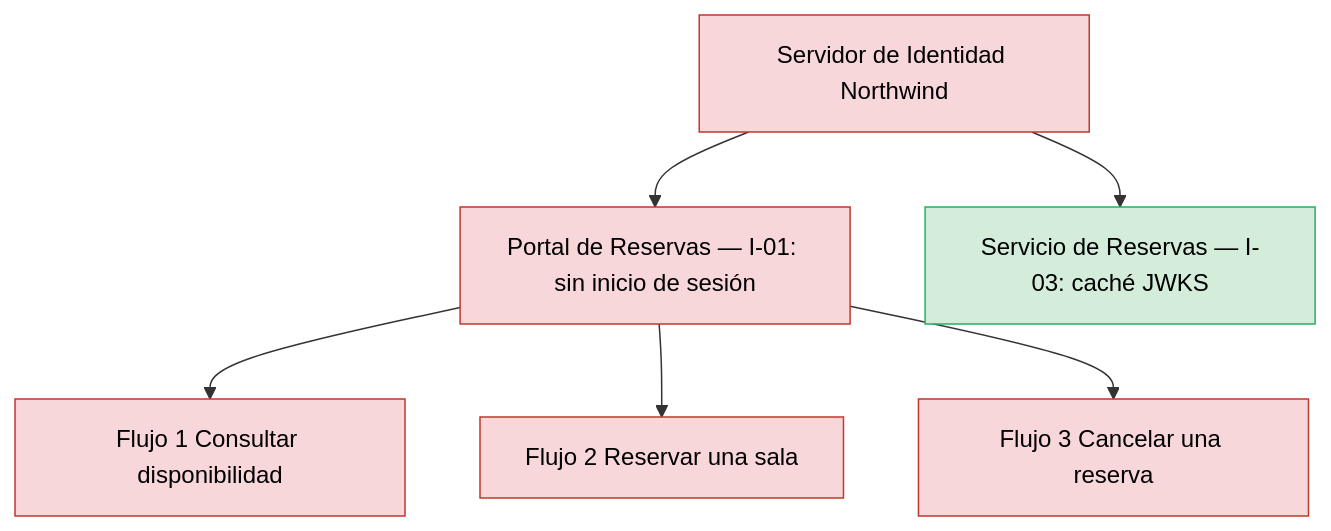
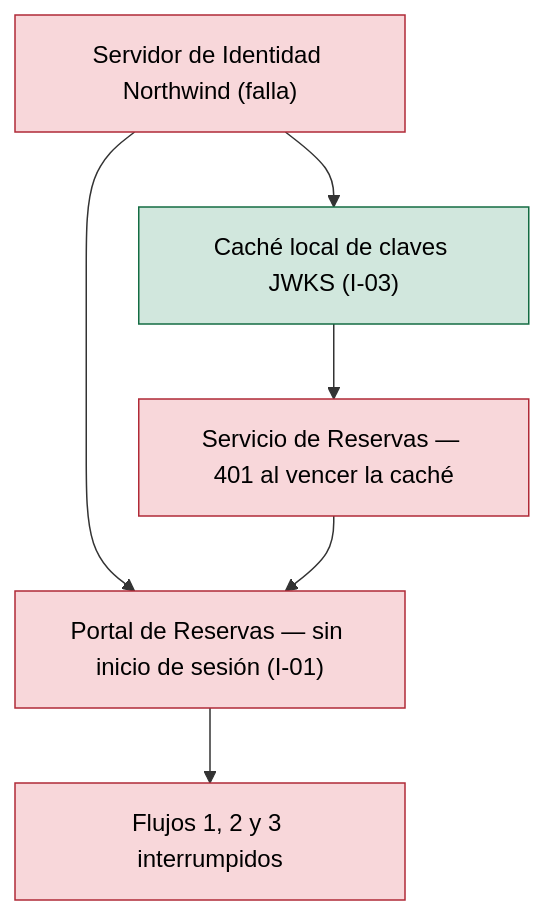
One commit to shadowX4fox/northwind-reservas changed the first of 3 diagrams in analysis/BLAST-RADIUS-2026-11-03.md. Above: the diagram before and after it, drawn with Mermaid. The commit also changed other lines of this file and 7 other files, not shown here.

````diff
--- a/analysis/BLAST-RADIUS-2026-11-03.md
+++ b/analysis/BLAST-RADIUS-2026-11-03.md
@@ -39,16 +37,15 @@
 ```mermaid
 flowchart TB
-  IDP["Servidor de Identidad Northwind"]:::cascading
-  PORTAL["Portal de Reservas — I-01: sin inicio de sesión"]:::cascading
-  SVC["Servicio de Reservas — I-03: caché JWKS"]:::contained
-  F1["Flujo 1 Consultar disponibilidad"]:::cascading
-  F2["Flujo 2 Reservar una sala"]:::cascading
-  F3["Flujo 3 Cancelar una reserva"]:::cascading
+  IDP["Servidor de Identidad Northwind (falla)"]:::cascading
+  PORTAL["Portal de Reservas — sin inicio de sesión (I-01)"]:::cascading
+  JWKS["Caché local de claves JWKS (I-03)"]:::contained
+  SVC["Servicio de Reservas — 401 al vencer la caché"]:::cascading
+  F["Flujos 1, 2 y 3 interrumpidos"]:::cascading
   IDP --> PORTAL
-  IDP --> SVC
-  PORTAL --> F1
-  PORTAL --> F2
-  PORTAL --> F3
-  classDef cascading fill:#f8d7da,stroke:#c0392b,color:#000
-  classDef contained fill:#d4edda,stroke:#27ae60,color:#000
+  IDP --> JWKS
+  JWKS --> SVC
+  SVC --> PORTAL
+  PORTAL --> F
+  classDef cascading fill:#f8d7da,stroke:#b02a37,color:#000
+  classDef contained fill:#d1e7dd,stroke:#146c43,color:#000
 ```
````
